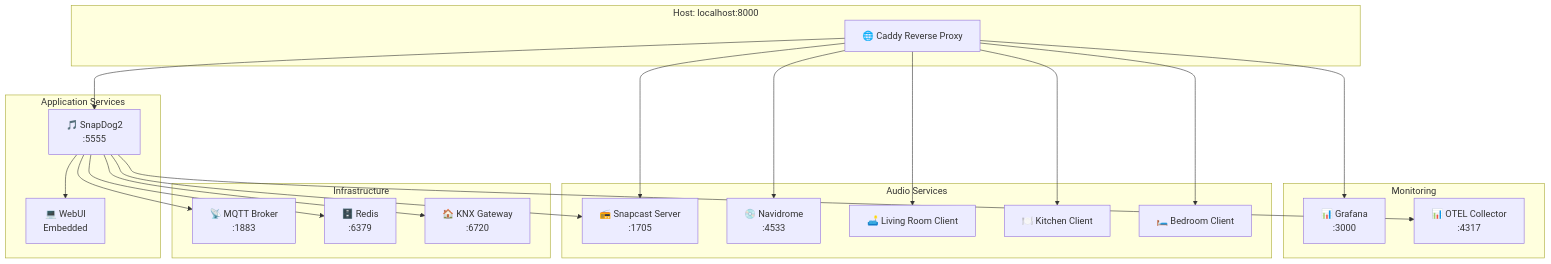
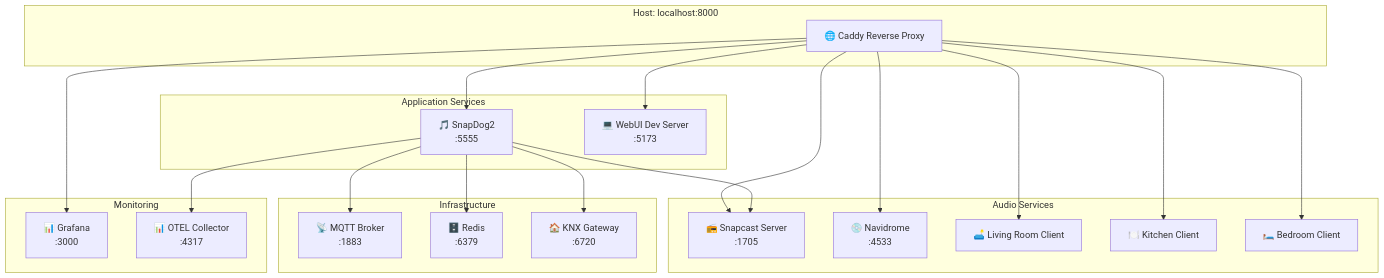
The first of 2 diagrams in README.md (metaneutrons/snapdog2), drawn with Mermaid before and after one commit. The commit also changed other lines of this file and 4 other files, not shown here.

First line of the commit message:
feat: configure WebUI for development vs production architecture

````diff
--- a/README.md
+++ b/README.md
@@ -67,45 +69,45 @@
 ```mermaid
 graph TB
     subgraph "Host: localhost:8000"
         CADDY[🌐 Caddy Reverse Proxy]
     end
     
     subgraph "Application Services"
         APP[🎵 SnapDog2<br/>:5555]
-        WEBUI[💻 WebUI<br/>Embedded]
+        WEBUI[💻 WebUI Dev Server<br/>:5173]
     end
     
     subgraph "Audio Services"
         SNAP[📻 Snapcast Server<br/>:1705]
         NAVI[💿 Navidrome<br/>:4533]
         LIVING[🛋️ Living Room Client]
         KITCHEN[🍽️ Kitchen Client]
         BEDROOM[🛏️ Bedroom Client]
     end
     
     subgraph "Infrastructure"
         MQTT[📡 MQTT Broker<br/>:1883]
         REDIS[🗄️ Redis<br/>:6379]
         KNX[🏠 KNX Gateway<br/>:6720]
     end
     
     subgraph "Monitoring"
         GRAFANA[📊 Grafana<br/>:3000]
         OTEL[📊 OTEL Collector<br/>:4317]
     end
     
     CADDY --> APP
+    CADDY --> WEBUI
     CADDY --> SNAP
     CADDY --> NAVI
     CADDY --> LIVING
     CADDY --> KITCHEN
     CADDY --> BEDROOM
     CADDY --> GRAFANA
     
-    APP --> WEBUI
     APP --> SNAP
     APP --> MQTT
     APP --> REDIS
     APP --> KNX
     APP --> OTEL
 ```
````
